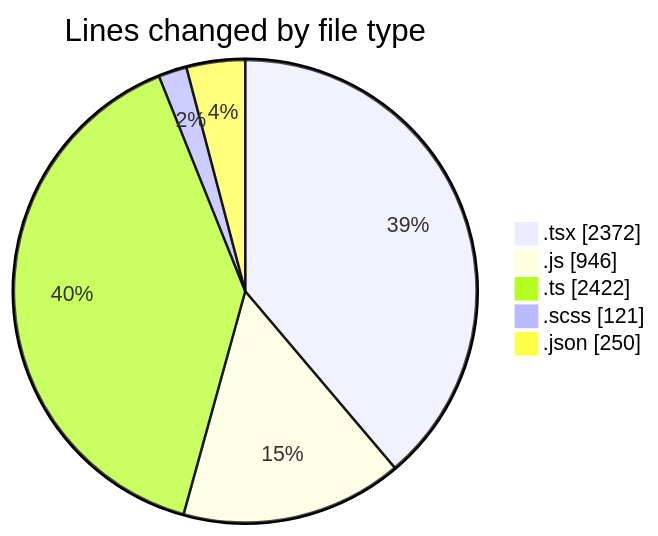
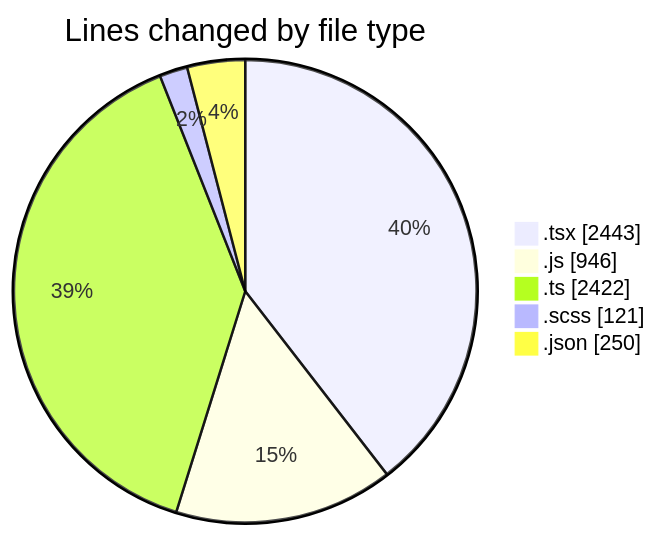
Before and after one commit to momahboobian/code-tracking: the first of 2 diagrams in 2026-07-20/cda/README.md, drawn with Mermaid. The commit also changed other lines of this file and 1 other file, not shown here.

````diff
--- a/2026-07-20/cda/README.md
+++ b/2026-07-20/cda/README.md
@@ -52,9 +52,9 @@
 ```mermaid
 pie showData
 title Lines changed by file type
-".tsx" : 2372
+".tsx" : 2443
 ".js" : 946
 ".ts" : 2422
 ".scss" : 121
 ".json" : 250
 ```
````
